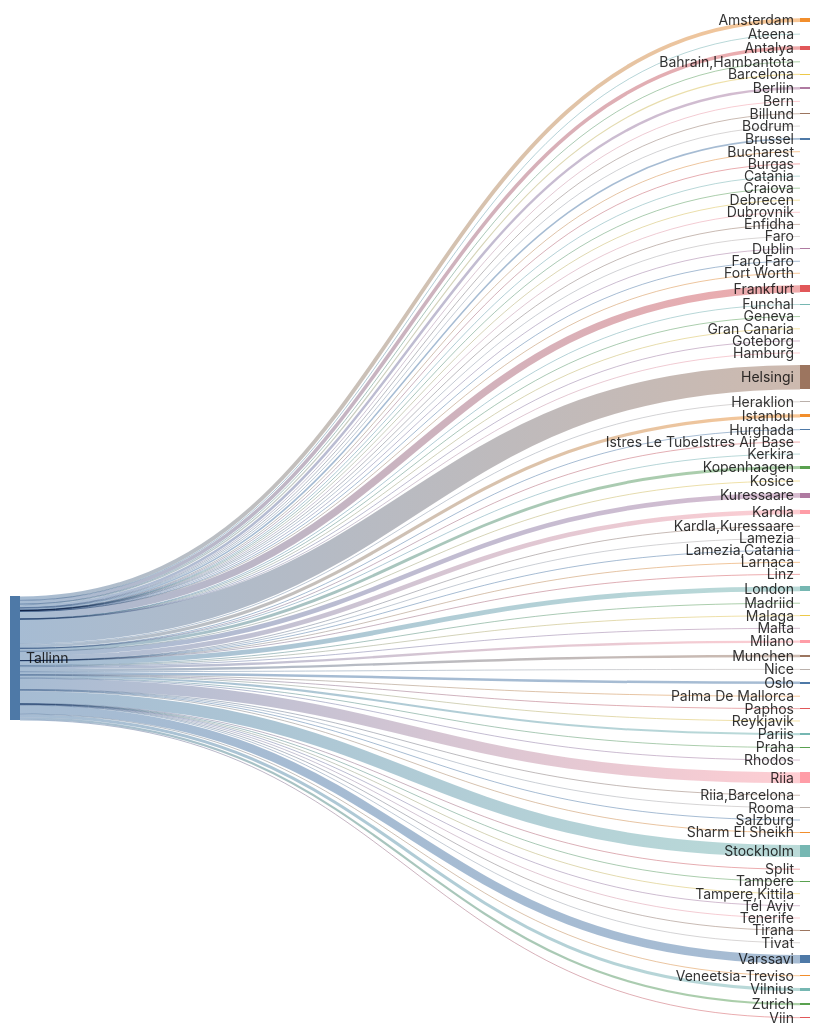
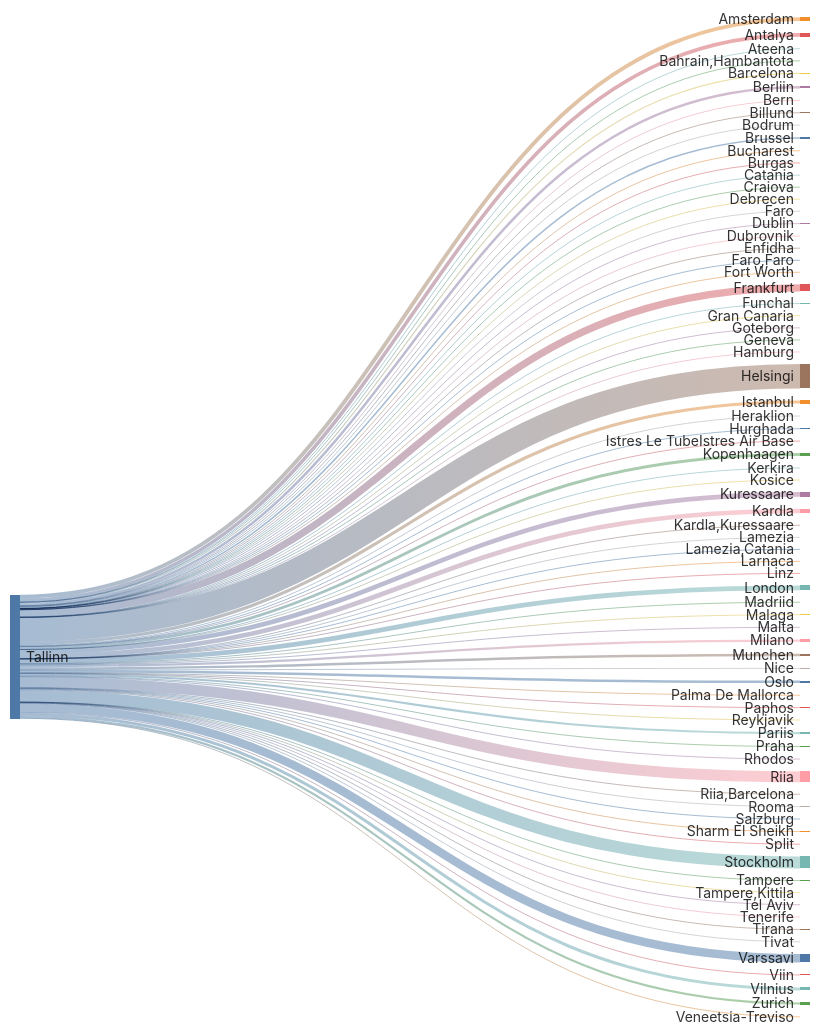
One commit to rainermesi/tll-airport-departures changed the second of 2 diagrams in README.md. Above: the diagram before and after it, drawn with Mermaid. The commit also changed other lines of this file and 1 other file, not shown here.

````diff
--- a/README.md
+++ b/README.md
@@ -41,18 +41,18 @@
 ---
 sankey-beta
 %% source,target,value
-Tallinn,Amsterdam,445
-Tallinn,Antalya,409
+Tallinn,Amsterdam,447
+Tallinn,Antalya,411
 Tallinn,Ateena,16
 Tallinn,"Bahrain,Hambantota",1
 Tallinn,Barcelona,125
-Tallinn,Berliin,284
+Tallinn,Berliin,286
 Tallinn,Bern,1
 Tallinn,Billund,72
 Tallinn,Bodrum,11
 Tallinn,Brussel,177
 Tallinn,Bucharest,1
-Tallinn,Burgas,50
+Tallinn,Burgas,51
 Tallinn,Catania,2
 Tallinn,Craiova,1
 Tallinn,Debrecen,1
@@ -62,59 +62,59 @@
 Tallinn,Faro,4
 Tallinn,"Faro,Faro",1
 Tallinn,Fort Worth,1
-Tallinn,Frankfurt,822
+Tallinn,Frankfurt,825
 Tallinn,Funchal,5
 Tallinn,Geneva,13
 Tallinn,Gran Canaria,38
 Tallinn,Goteborg,2
 Tallinn,Hamburg,2
-Tallinn,Helsingi,2781
-Tallinn,Heraklion,89
+Tallinn,Helsingi,2790
+Tallinn,Heraklion,90
 Tallinn,Hurghada,75
-Tallinn,Istanbul,364
+Tallinn,Istanbul,365
 Tallinn,Istres Le TubeIstres Air Base,2
 Tallinn,Kerkira,4
-Tallinn,Kopenhaagen,331
+Tallinn,Kopenhaagen,332
 Tallinn,Kosice,1
-Tallinn,Kuressaare,528
-Tallinn,Kardla,530
+Tallinn,Kuressaare,530
+Tallinn,Kardla,532
 Tallinn,"Kardla,Kuressaare",1
 Tallinn,Lamezia,1
 Tallinn,"Lamezia,Catania",3
 Tallinn,Larnaca,4
 Tallinn,Linz,2
-Tallinn,London,548
+Tallinn,London,549
 Tallinn,Madriid,2
 Tallinn,Malaga,111
 Tallinn,Malta,26
-Tallinn,Milano,266
-Tallinn,Munchen,276
-Tallinn,Nice,46
-Tallinn,Oslo,283
+Tallinn,Milano,267
+Tallinn,Munchen,278
+Tallinn,Nice,47
+Tallinn,Oslo,284
 Tallinn,Palma De Mallorca,30
 Tallinn,Paphos,66
-Tallinn,Pariis,238
+Tallinn,Pariis,239
 Tallinn,Praha,78
-Tallinn,Reykjavik,14
+Tallinn,Reykjavik,15
 Tallinn,Rhodos,54
-Tallinn,Riia,1249
+Tallinn,Riia,1253
 Tallinn,"Riia,Barcelona",1
 Tallinn,Rooma,80
 Tallinn,Salzburg,14
 Tallinn,Sharm El Sheikh,100
 Tallinn,Split,47
-Tallinn,Stockholm,1371
+Tallinn,Stockholm,1375
 Tallinn,Tampere,17
 Tallinn,"Tampere,Kittila",21
 Tallinn,Tel Aviv,2
 Tallinn,Tenerife,58
 Tallinn,Tirana,28
 Tallinn,Tivat,58
-Tallinn,Varssavi,959
+Tallinn,Varssavi,962
 Tallinn,Veneetsia-Treviso,67
 Tallinn,Viin,106
-Tallinn,Vilnius,345
-Tallinn,Zurich,244
+Tallinn,Vilnius,347
+Tallinn,Zurich,245
 
 
 ```
````
